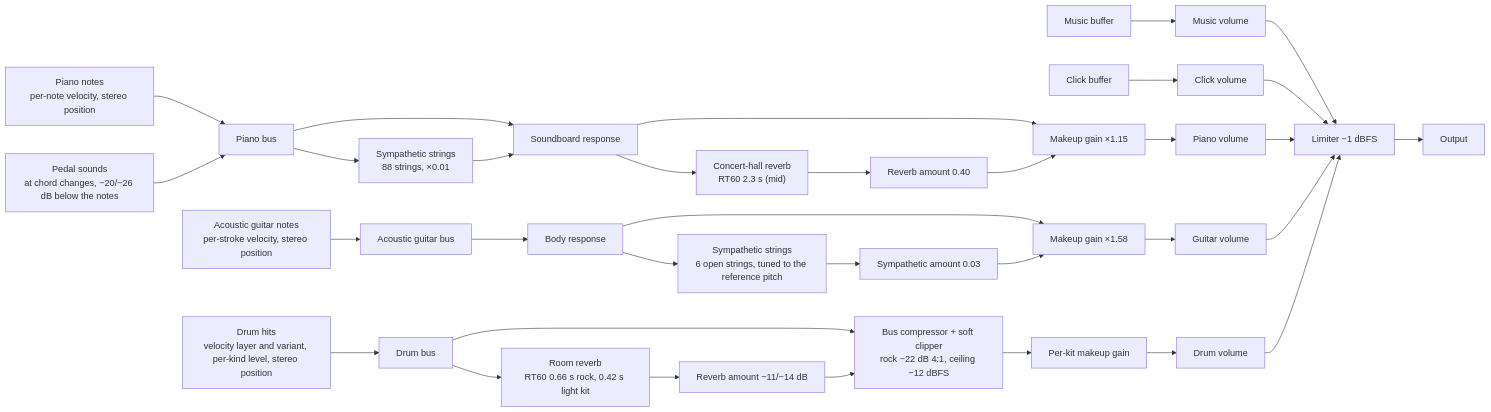
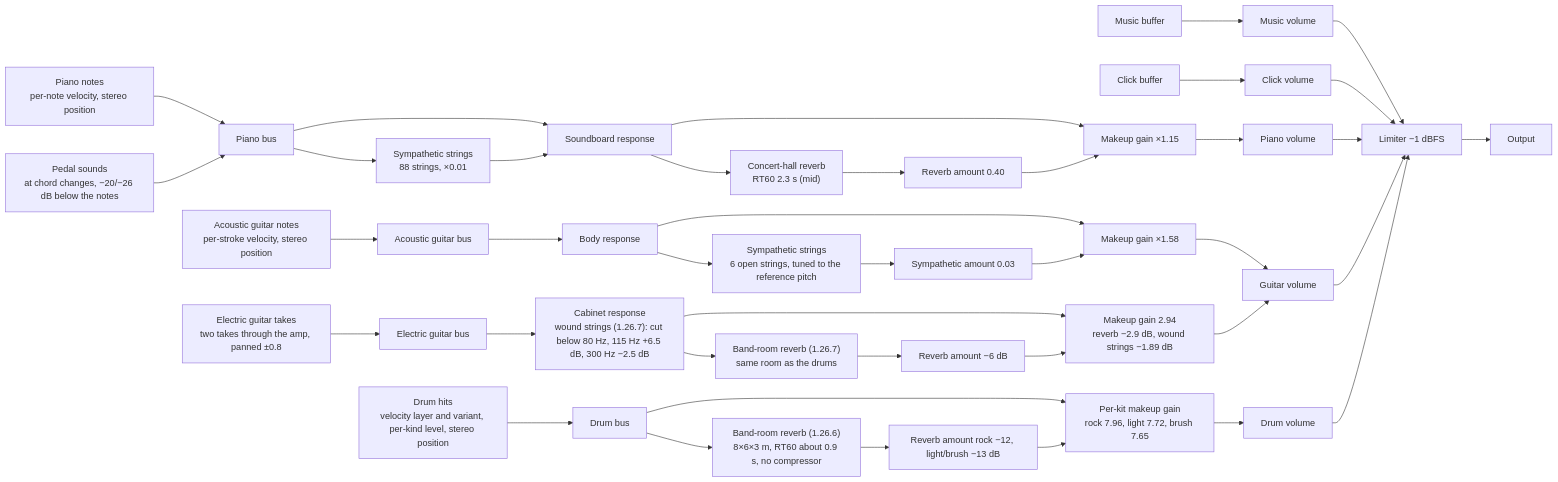
The third of 3 diagrams in README.en.md (Velvitty/Chordity), drawn with Mermaid before and after one commit. The commit also changed other lines of this file and 6 other files, not shown here.

````diff
--- a/README.en.md
+++ b/README.en.md
@@ -1437,25 +1437,29 @@
 ```mermaid
 flowchart LR
   M["Music buffer"] --> GM["Music volume"]
   C["Click buffer"] --> GC["Click volume"]
   P["Piano notes<br/>per-note velocity, stereo position"] --> PB["Piano bus"] --> SB["Soundboard response"]
   PN["Pedal sounds<br/>at chord changes, −20/−26 dB below the notes"] --> PB
   PB --> RS["Sympathetic strings<br/>88 strings, ×0.01"] --> SB
   SB --> MP["Makeup gain ×1.15"]
   SB --> RP["Concert-hall reverb<br/>RT60 2.3 s (mid)"] --> WP["Reverb amount 0.40"] --> MP
   G["Acoustic guitar notes<br/>per-stroke velocity, stereo position"] --> GB["Acoustic guitar bus"] --> BD["Body response"]
   BD --> MG["Makeup gain ×1.58"]
   BD --> RG["Sympathetic strings<br/>6 open strings, tuned to the reference pitch"] --> WG["Sympathetic amount 0.03"] --> MG
+  E["Electric guitar takes<br/>two takes through the amp, panned ±0.8"] --> EB["Electric guitar bus"] --> CB["Cabinet response<br/>wound strings (1.26.7): cut below 80 Hz, 115 Hz +6.5 dB, 300 Hz −2.5 dB"]
+  CB --> ME["Makeup gain 2.94<br/>reverb −2.9 dB, wound strings −1.89 dB"]
+  CB --> RE["Band-room reverb (1.26.7)<br/>same room as the drums"] --> WE["Reverb amount −6 dB"] --> ME
   D["Drum hits<br/>velocity layer and variant, per-kind level, stereo position"] --> DB["Drum bus"]
-  DB --> CD["Bus compressor + soft clipper<br/>rock −22 dB 4:1, ceiling −12 dBFS"] --> MD["Per-kit makeup gain"]
-  DB --> RD["Room reverb<br/>RT60 0.66 s rock, 0.42 s light kit"] --> WD["Reverb amount −11/−14 dB"] --> CD
+  DB --> MD["Per-kit makeup gain<br/>rock 7.96, light 7.72, brush 7.65"]
+  DB --> RD["Band-room reverb (1.26.6)<br/>8×6×3 m, RT60 about 0.9 s, no compressor"] --> WD["Reverb amount rock −12, light/brush −13 dB"] --> MD
   MP --> GP["Piano volume"]
   MG --> GG["Guitar volume"]
+  ME --> GG
   MD --> GD["Drum volume"]
   GM --> L["Limiter −1 dBFS"]
   GC --> L
   GP --> L
   GG --> L
   GD --> L
   L --> O["Output"]
 ```
````
